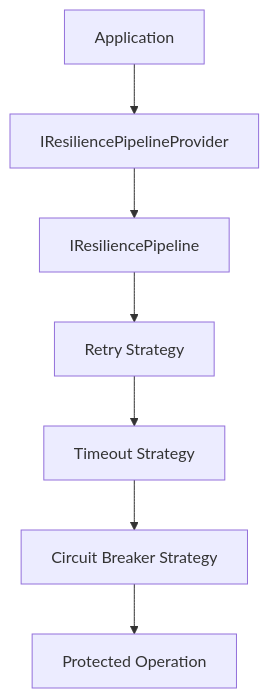
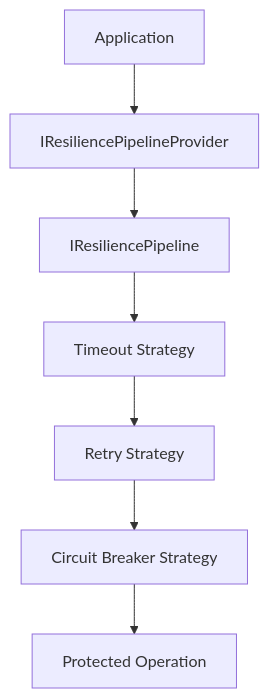
Before and after one commit to FEDERIN/CoreSystem: the first of 5 diagrams in docs/Resilience/Architecture.md, drawn with Mermaid. The commit also changed other lines of this file and 44 other files, not shown here.

````diff
--- a/docs/Resilience/Architecture.md
+++ b/docs/Resilience/Architecture.md
@@ -17,17 +17,17 @@
 ```mermaid
 graph TD
 
     App["Application"]
 
     App --> Provider["IResiliencePipelineProvider"]
 
     Provider --> Pipeline["IResiliencePipeline"]
 
-    Pipeline --> Retry["Retry Strategy"]
+    Pipeline --> Timeout["Timeout Strategy"]
 
-    Retry --> Timeout["Timeout Strategy"]
+    Timeout --> Retry["Retry Strategy"]
 
-    Timeout --> Circuit["Circuit Breaker Strategy"]
+    Retry --> Circuit["Circuit Breaker Strategy"]
 
     Circuit --> Execute["Protected Operation"]
 ```
````
